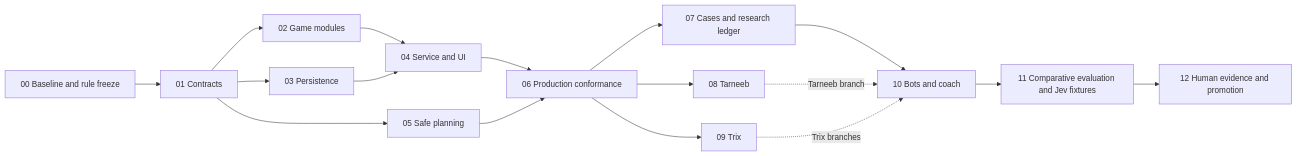
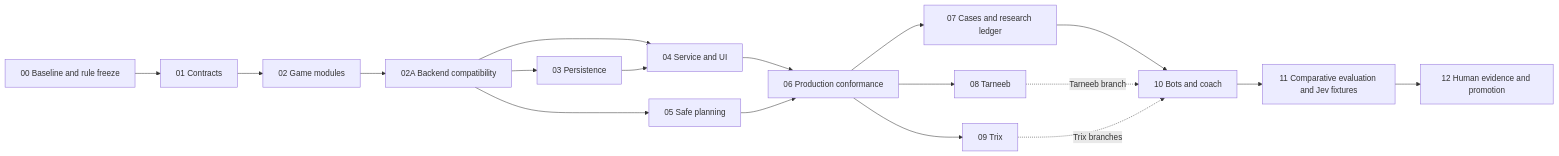
One commit to aflashback/cardford-as-is changed the diagram in docs/superpowers/plans/2026-10-04-multi-game-reasoning-implementation.md. Above: the diagram before and after it, drawn with Mermaid. The commit also changed other lines of this file and 18 other files, not shown here.

Commit message:
docs: review system gaps and plan Go backend compatibility

````diff
--- a/docs/superpowers/plans/2026-10-04-multi-game-reasoning-implementation.md
+++ b/docs/superpowers/plans/2026-10-04-multi-game-reasoning-implementation.md
@@ -58,19 +61,20 @@
 ```mermaid
 flowchart LR
  M00[00 Baseline and rule freeze] --> M01[01 Contracts]
  M01 --> M02[02 Game modules]
- M01 --> M03[03 Persistence]
- M02 --> M04[04 Service and UI]
+ M02 --> M02A[02A Backend compatibility]
+ M02A --> M03[03 Persistence]
+ M02A --> M04[04 Service and UI]
  M03 --> M04
- M01 --> M05[05 Safe planning]
+ M02A --> M05[05 Safe planning]
  M04 --> M06[06 Production conformance]
  M05 --> M06
  M06 --> M07[07 Cases and research ledger]
  M06 --> M08[08 Tarneeb]
  M06 --> M09[09 Trix]
  M07 --> M10[10 Bots and coach]
  M08 -. Tarneeb branch .-> M10
  M09 -. Trix branches .-> M10
  M10 --> M11[11 Comparative evaluation and Jev fixtures]
  M11 --> M12[12 Human evidence and promotion]
 ```
````
